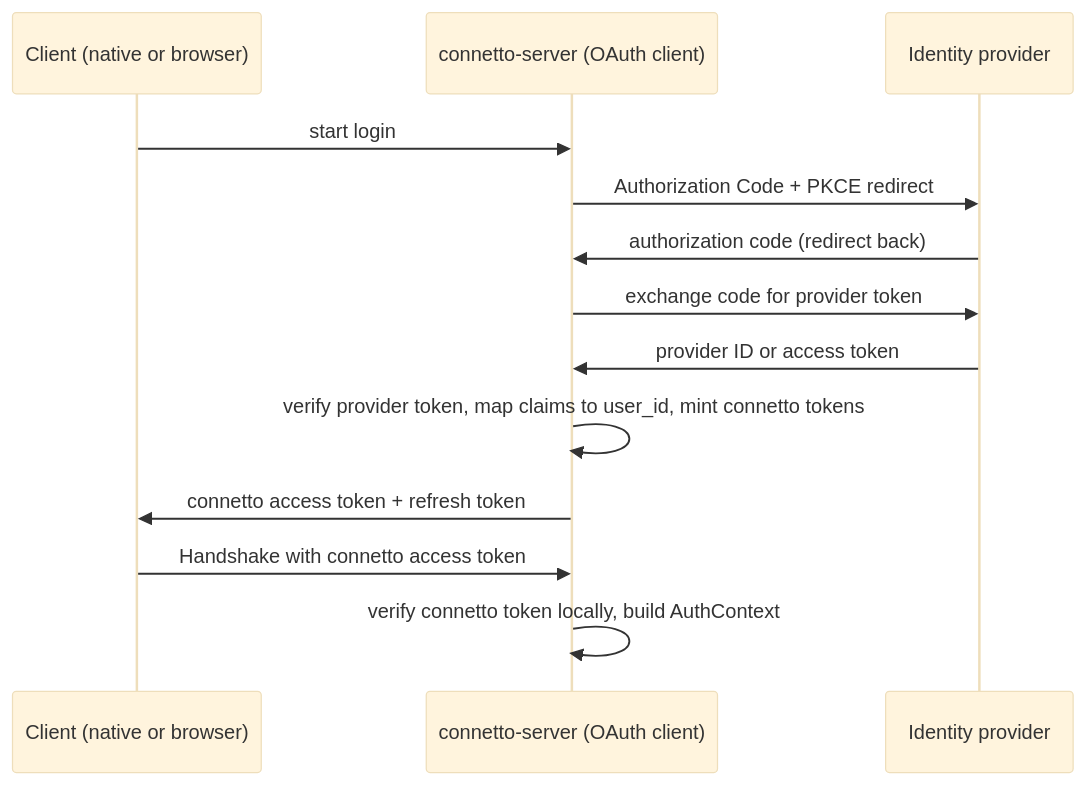
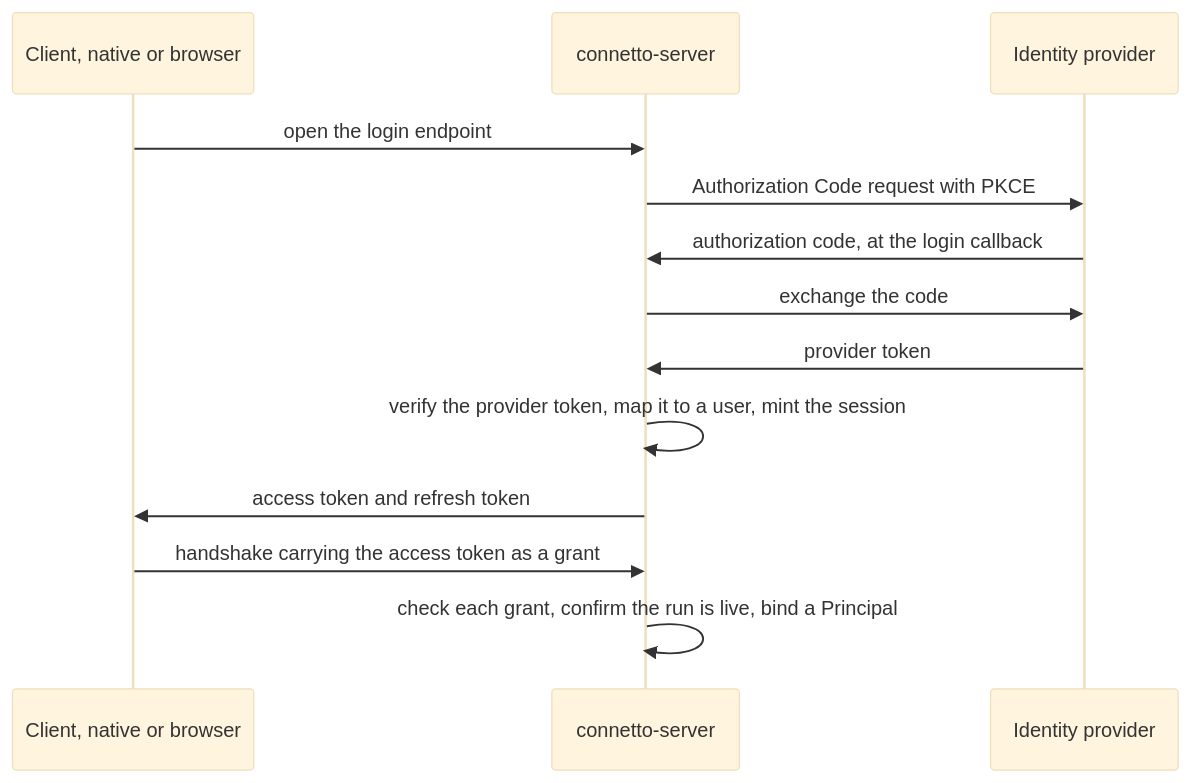
One commit to connetto-rs/connetto-rs changed the diagram in docs/architecture/11-authentication.md. Above: the diagram before and after it, drawn with Mermaid (base theme). The commit also changed other lines of this file and 44 other files, not shown here.

First line of the commit message:
Rewrite the architecture docs and the plan around what is built (#368)

````diff
--- a/docs/architecture/11-authentication.md
+++ b/docs/architecture/11-authentication.md
@@ -48,15 +30,15 @@
 ```mermaid
 sequenceDiagram
-    participant C as Client (native or browser)
-    participant S as connetto-server (OAuth client)
+    participant C as Client, native or browser
+    participant S as connetto-server
     participant P as Identity provider
-    C->>S: start login
-    S->>P: Authorization Code + PKCE redirect
-    P->>S: authorization code (redirect back)
-    S->>P: exchange code for provider token
-    P->>S: provider ID or access token
-    S->>S: verify provider token, map claims to user_id, mint connetto tokens
-    S->>C: connetto access token + refresh token
-    C->>S: Handshake with connetto access token
-    S->>S: verify connetto token locally, build AuthContext
+    C->>S: open the login endpoint
+    S->>P: Authorization Code request with PKCE
+    P->>S: authorization code, at the login callback
+    S->>P: exchange the code
+    P->>S: provider token
+    S->>S: verify the provider token, map it to a user, mint the session
+    S->>C: access token and refresh token
+    C->>S: handshake carrying the access token as a grant
+    S->>S: check each grant, confirm the run is live, bind a Principal
 ```
````
